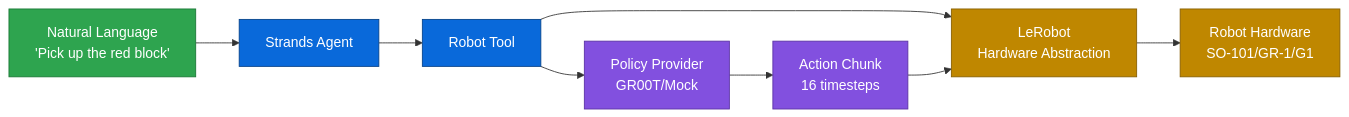
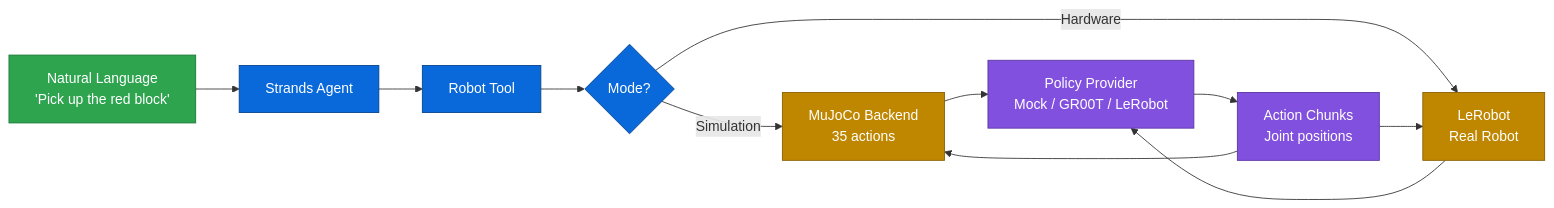
One commit to cagataycali/robots changed the diagram in README.md. Above: the diagram before and after it, drawn with Mermaid. The commit also changed other lines of this file and 36 other files, not shown here.

````diff
--- a/README.md
+++ b/README.md
@@ -36,20 +51,23 @@
 ```mermaid
 graph LR
     A[Natural Language<br/>'Pick up the red block'] --> B[Strands Agent]
     B --> C[Robot Tool]
-    C --> D[Policy Provider<br/>GR00T/Mock]
-    C --> E[LeRobot<br/>Hardware Abstraction]
-    D --> F[Action Chunk<br/>16 timesteps]
-    F --> E
-    E --> G[Robot Hardware<br/>SO-101/GR-1/G1]
+    C --> D{Mode?}
+    D -->|Simulation| E[MuJoCo Backend<br/>35 actions]
+    D -->|Hardware| F[LeRobot<br/>Real Robot]
+    E --> G[Policy Provider<br/>Mock / GR00T / LeRobot]
+    F --> G
+    G --> H[Action Chunks<br/>Joint positions]
+    H --> E
+    H --> F
 
     classDef input fill:#2ea44f,stroke:#1b7735,color:#fff
     classDef agent fill:#0969da,stroke:#044289,color:#fff
     classDef policy fill:#8250df,stroke:#5a32a3,color:#fff
     classDef hardware fill:#bf8700,stroke:#875e00,color:#fff
 
     class A input
-    class B,C agent
-    class D,F policy
-    class E,G hardware
+    class B,C,D agent
+    class E,F hardware
+    class G,H policy
 ```
````
